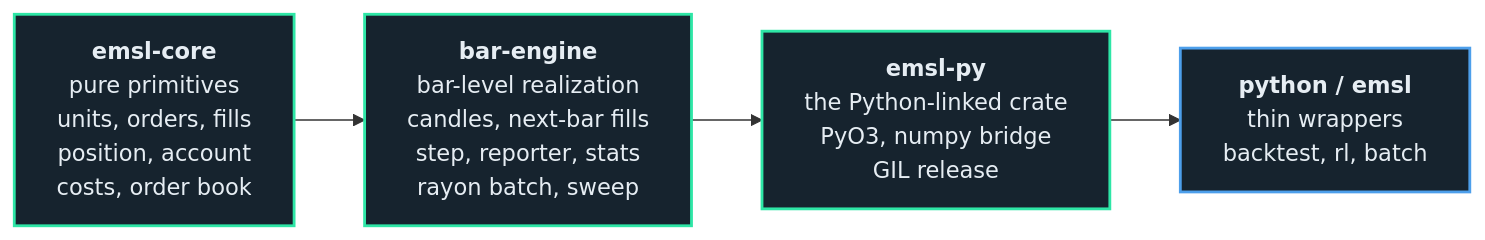
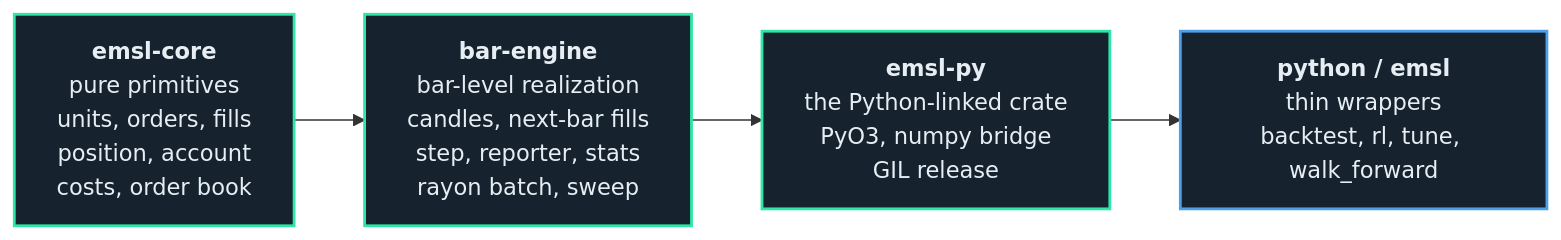
The diagram in dev/diagrams/205312.mmd (atOCEANO/embeddable-market-simulation-library), drawn with Mermaid before and after one commit. The commit also changed 9 other files, not shown here.

```diff
--- a/dev/diagrams/205312.mmd
+++ b/dev/diagrams/205312.mmd
@@ -1,14 +1,14 @@
 flowchart LR
     C["<b>emsl-core</b><br/>pure primitives<br/>units, orders, fills<br/>position, account<br/>costs, order book"]
     B["<b>bar-engine</b><br/>bar-level realization<br/>candles, next-bar fills<br/>step, reporter, stats<br/>rayon batch, sweep"]
     P["<b>emsl-py</b><br/>the Python-linked crate<br/>PyO3, numpy bridge<br/>GIL release"]
-    W["<b>python / emsl</b><br/>thin wrappers<br/>backtest, rl, batch"]
+    W["<b>python / emsl</b><br/>thin wrappers<br/>backtest, rl, tune, walk_forward"]
 
     C --> B
     B --> P
     P --> W
 
     classDef entry fill:#16232e,stroke:#4d9feb,stroke-width:2px,color:#e6edf3
     classDef stage fill:#16232e,stroke:#2ee6a6,stroke-width:2px,color:#e6edf3
     class W entry
     class C,B,P stage
```
